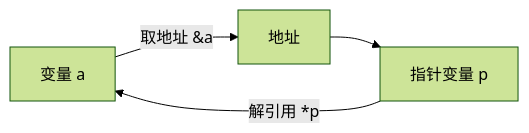
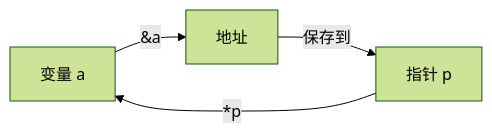
One commit to shanchuann/TheGitbookLibrary changed the first of 6 diagrams in C语言圣经/pointers.md. Above: the diagram before and after it, drawn with Mermaid (forest theme). The commit also changed other lines of this file and 4 other files, not shown here.

````diff
--- a/C语言圣经/pointers.md
+++ b/C语言圣经/pointers.md
@@ -23,6 +16,6 @@
 ```mermaid
 flowchart LR
-    A[变量 a] -->|取地址 &a| B[地址]
-    B --> C[指针变量 p]
-    C -->|解引用 *p| A
+    A[变量 a] -->|&a| B[地址]
+    B -->|保存到| C[指针 p]
+    C -->|*p| A
 ```
````
